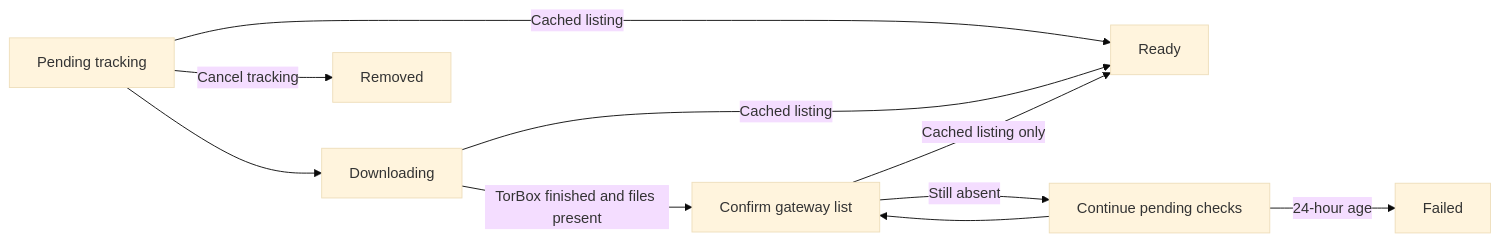
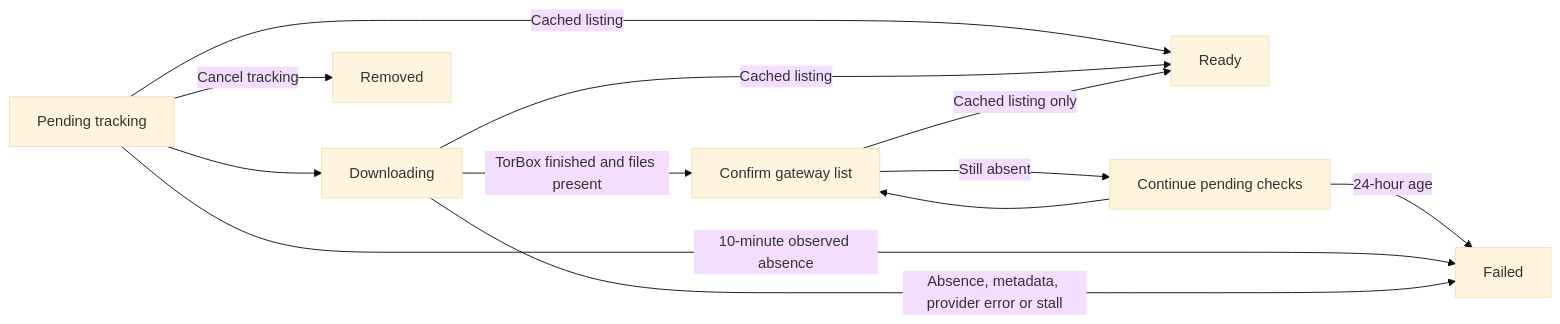
One commit to VeroxAUS/homestream changed the diagram in droid-wiki/features/downloads.md. Above: the diagram before and after it, drawn with Mermaid (base theme). The commit also changed other lines of this file and 20 other files, not shown here.

````diff
--- a/droid-wiki/features/downloads.md
+++ b/droid-wiki/features/downloads.md
@@ -41,12 +45,14 @@
 ```mermaid
 graph LR
     Pending[Pending tracking] --> Downloading
     Downloading -->|TorBox finished and files present| Confirm[Confirm gateway list]
     Pending -->|Cached listing| Ready
     Downloading -->|Cached listing| Ready
     Confirm -->|Cached listing only| Ready
     Confirm -->|Still absent| Waiting[Continue pending checks]
     Waiting --> Confirm
     Waiting -->|24-hour age| Failed
+    Pending -->|10-minute observed absence| Failed
+    Downloading -->|Absence, metadata, provider error or stall| Failed
     Pending -->|Cancel tracking| Removed
 ```
````
